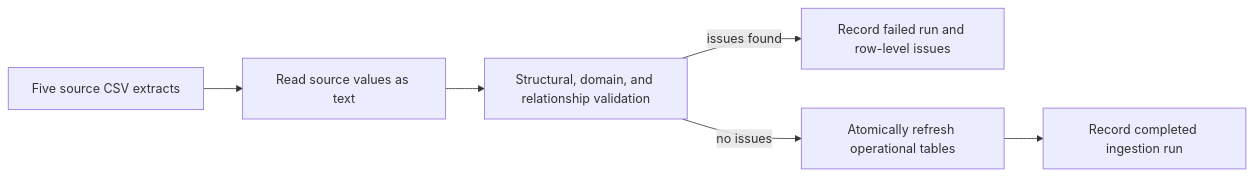
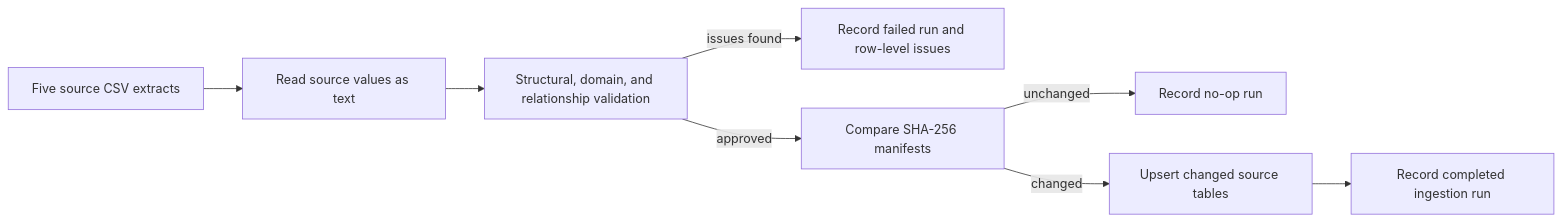
Before and after one commit to sanvidvaidya/enterprise-decision-intelligence-simulator: the diagram in docs/INGESTION_AND_DATA_QUALITY.md, drawn with Mermaid. The commit also changed other lines of this file and 27 other files, not shown here.

````diff
--- a/docs/INGESTION_AND_DATA_QUALITY.md
+++ b/docs/INGESTION_AND_DATA_QUALITY.md
@@ -5,8 +5,10 @@
 ```mermaid
 flowchart LR
     CSV[Five source CSV extracts] --> READ[Read source values as text]
     READ --> VALIDATE[Structural, domain, and relationship validation]
     VALIDATE -->|issues found| REJECT[Record failed run and row-level issues]
-    VALIDATE -->|no issues| REFRESH[Atomically refresh operational tables]
-    REFRESH --> AUDIT[Record completed ingestion run]
+    VALIDATE -->|approved| HASH[Compare SHA-256 manifests]
+    HASH -->|unchanged| SKIP[Record no-op run]
+    HASH -->|changed| UPSERT[Upsert changed source tables]
+    UPSERT --> AUDIT[Record completed ingestion run]
 ```
````
